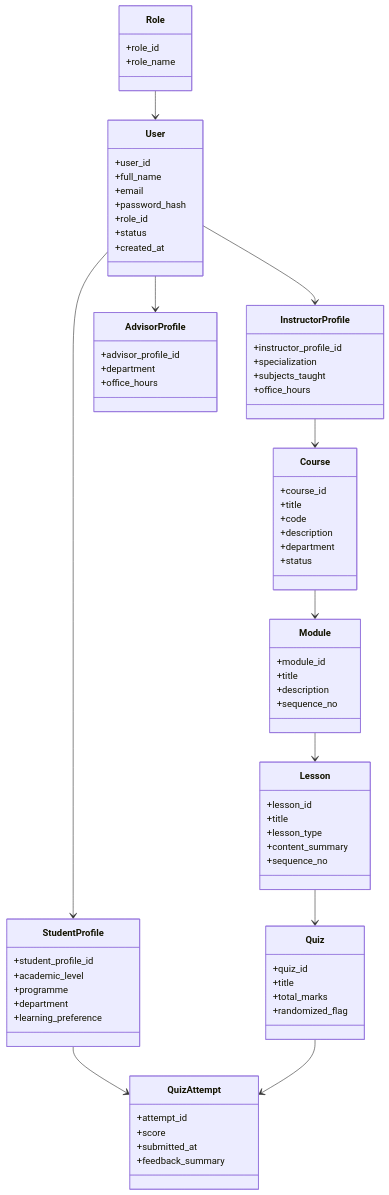
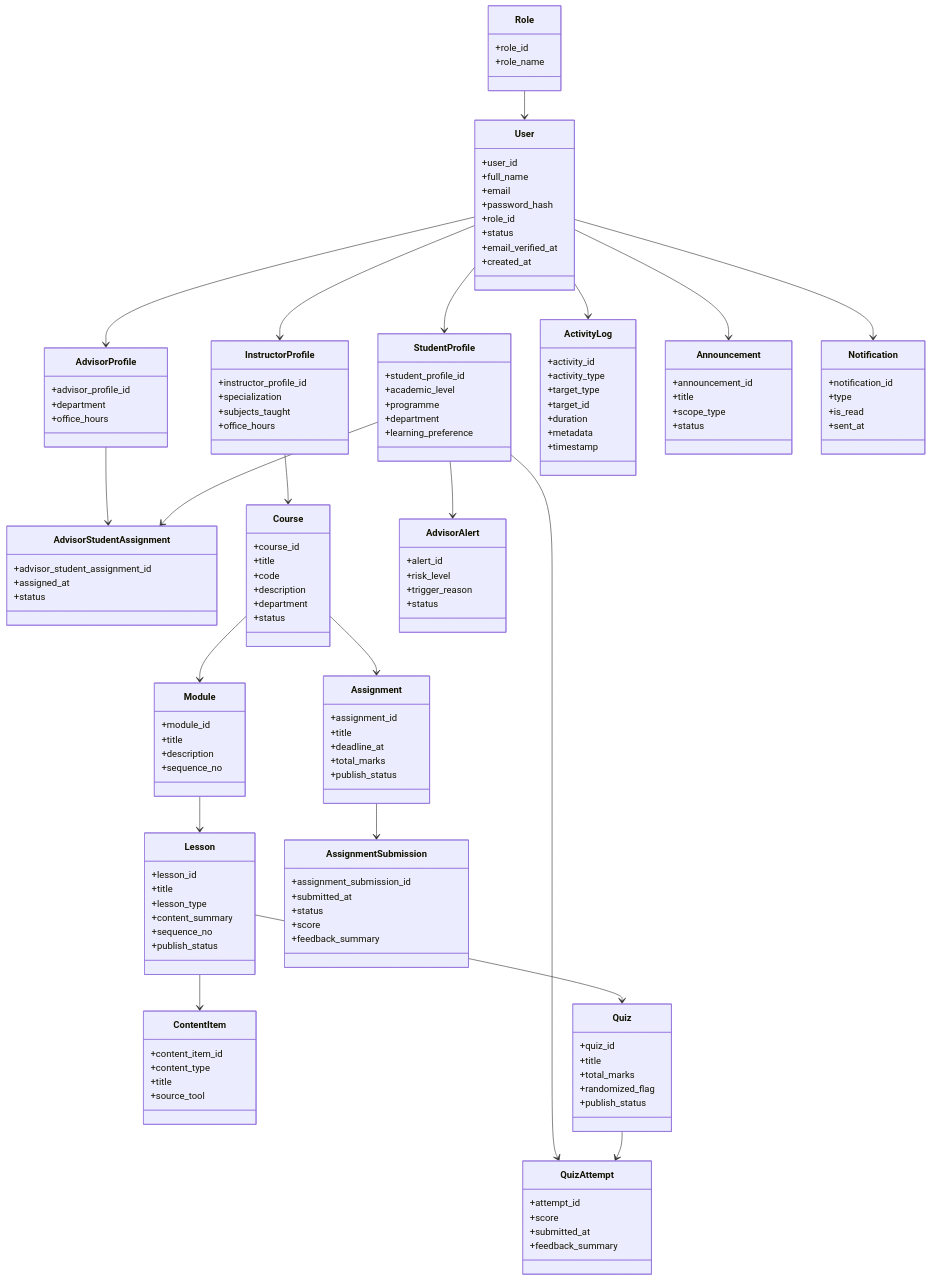
Before and after one commit to wingkit123/QuestLearn: the second of 2 diagrams in ERD-UML.md, drawn with Mermaid. The commit also changed other lines of this file and 11 other files, not shown here.

````diff
--- a/ERD-UML.md
+++ b/ERD-UML.md
@@ -221,6 +286,7 @@
       +password_hash
       +role_id
       +status
+      +email_verified_at
       +created_at
     }
 
@@ -250,6 +316,12 @@
       +office_hours
     }
 
+    class AdvisorStudentAssignment {
+      +advisor_student_assignment_id
+      +assigned_at
+      +status
+    }
+
     class Course {
       +course_id
       +title
@@ -272,6 +344,14 @@
       +lesson_type
       +content_summary
       +sequence_no
+      +publish_status
+    }
+
+    class ContentItem {
+      +content_item_id
+      +content_type
+      +title
+      +source_tool
     }
 
     class Quiz {
@@ -279,6 +359,23 @@
       +title
       +total_marks
       +randomized_flag
+      +publish_status
+    }
+
+    class Assignment {
+      +assignment_id
+      +title
+      +deadline_at
+      +total_marks
+      +publish_status
+    }
+
+    class AssignmentSubmission {
+      +assignment_submission_id
+      +submitted_at
+      +status
+      +score
+      +feedback_summary
     }
 
     class QuizAttempt {
@@ -288,14 +385,54 @@
       +feedback_summary
     }
 
+    class ActivityLog {
+      +activity_id
+      +activity_type
+      +target_type
+      +target_id
+      +duration
+      +metadata
+      +timestamp
+    }
+
+    class AdvisorAlert {
+      +alert_id
+      +risk_level
+      +trigger_reason
+      +status
+    }
+
+    class Announcement {
+      +announcement_id
+      +title
+      +scope_type
+      +status
+    }
+
+    class Notification {
+      +notification_id
+      +type
+      +is_read
+      +sent_at
+    }
+
     Role --> User
     User --> StudentProfile
     User --> InstructorProfile
     User --> AdvisorProfile
+    AdvisorProfile --> AdvisorStudentAssignment
+    StudentProfile --> AdvisorStudentAssignment
     InstructorProfile --> Course
     Course --> Module
     Module --> Lesson
+    Lesson --> ContentItem
     Lesson --> Quiz
+    Course --> Assignment
+    Assignment --> AssignmentSubmission
     StudentProfile --> QuizAttempt
     Quiz --> QuizAttempt
+    User --> ActivityLog
+    StudentProfile --> AdvisorAlert
+    User --> Announcement
+    User --> Notification
 ```
````
